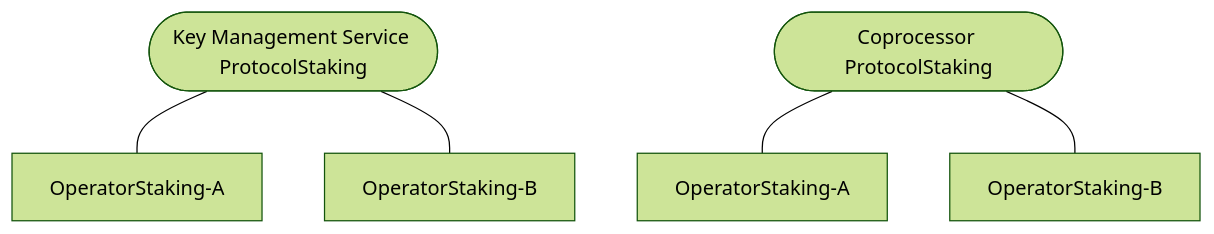
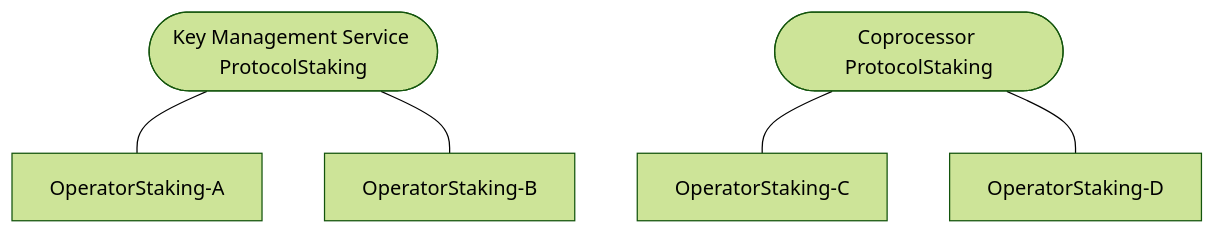
The second of 5 diagrams in docs/staking.md (zama-ai/protocol-apps), drawn with Mermaid (forest theme) before and after one commit. The commit also changed other lines of this file, not shown here.

````diff
--- a/docs/staking.md
+++ b/docs/staking.md
@@ -48,10 +48,10 @@
 ```mermaid
 flowchart TD
     %% KMS Branch
     KPS([Key Management Service ProtocolStaking]) --- KOP_A[OperatorStaking-A]
     KPS --- KOP_B[OperatorStaking-B]
     
     %% Coprocessor Branch
-    CPS([Coprocessor ProtocolStaking]) --- COP_A[OperatorStaking-A]
-    CPS --- COP_B[OperatorStaking-B]
+    CPS([Coprocessor ProtocolStaking]) --- COP_A[OperatorStaking-C]
+    CPS --- COP_B[OperatorStaking-D]
 ```
````
